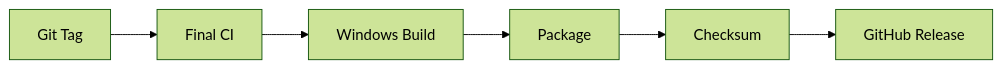
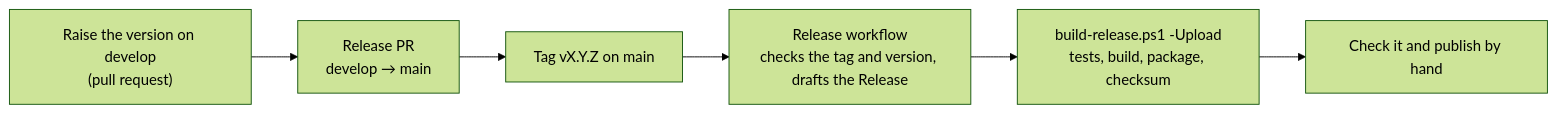
Before and after one commit to Yupopyoi/virtual-vessel-studio: the second of 2 diagrams in docs/en/development/development-workflow.md, drawn with Mermaid (forest theme). The commit also changed other lines of this file and 2 other files, not shown here.

Commit message:
docs: adopt develop branch and document the release flow

````diff
--- a/docs/en/development/development-workflow.md
+++ b/docs/en/development/development-workflow.md
@@ -1011,15 +1021,11 @@
 ```mermaid
 flowchart LR
-    Tag["Git Tag"]
-    Test["Final CI"]
-    Build["Windows Build"]
-    Package["Package"]
-    Hash["Checksum"]
-    GH["GitHub Release"]
+    Bump["Raise the version on develop<br/>(pull request)"]
+    PR["Release PR<br/>develop → main"]
+    Tag["Tag vX.Y.Z on main"]
+    WF["Release workflow<br/>checks the tag and version, drafts the Release"]
+    Local["build-release.ps1 -Upload<br/>tests, build, package, checksum"]
+    Publish["Check it and publish by hand"]
 
-    Tag --> Test
-    Test --> Build
-    Build --> Package
-    Package --> Hash
-    Hash --> GH
+    Bump --> PR --> Tag --> WF --> Local --> Publish
 ```
````
